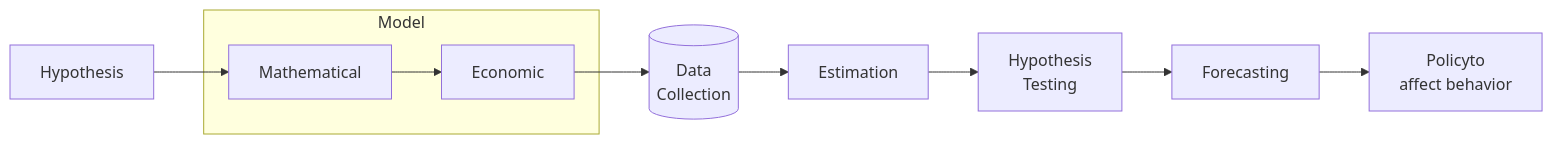
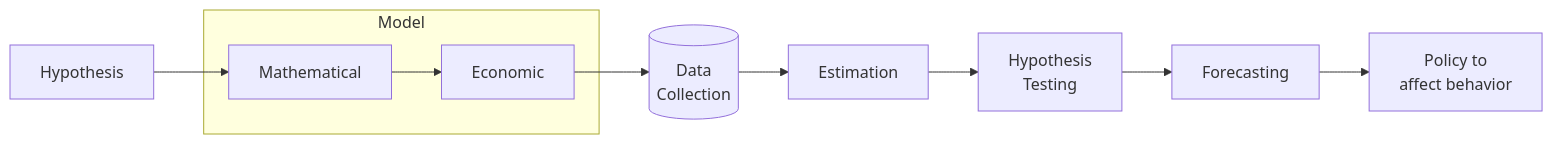
One commit to uni-notes/uni-notes changed the first of 2 diagrams in docs/Open_Electives/Econometrics/02_Methodology.md. Above: the diagram before and after it, drawn with Mermaid.

````diff
--- a/docs/Open_Electives/Econometrics/02_Methodology.md
+++ b/docs/Open_Electives/Econometrics/02_Methodology.md
@@ -3,16 +3,16 @@
 ```mermaid
 flowchart LR
 et[Hypothesis] -->
 mm -->
 em -->
 dc[(Data<br/>Collection)] -->
 Estimation -->
 ht[Hypothesis<br/>Testing] -->
 Forecasting -->
-p[Policyto<br/>affect behavior]
+p[Policy to<br/>affect behavior]
 
 subgraph Model
 	mm[Mathematical]
 	em[Economic]
 end
 ```
````
